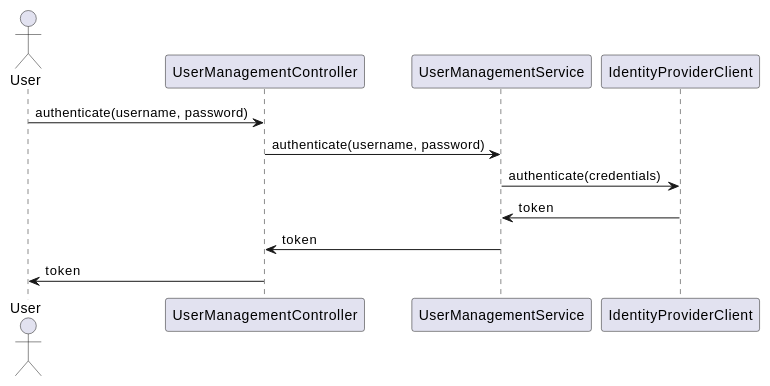
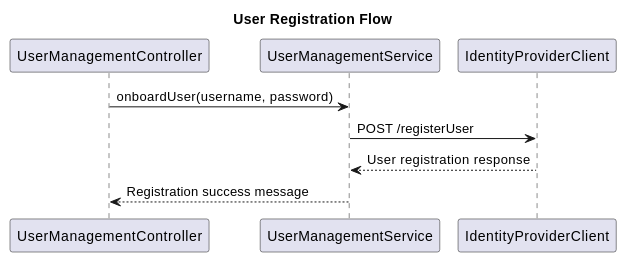
One commit to Dinesh-s95/AutoDoc.ai changed the first of 6 diagrams in usermanagement/documentation/detaileddesign.adoc. Above: the diagram before and after it, drawn with PlantUML. The commit also changed other lines of this file and 23 other files, not shown here.

```diff
--- a/usermanagement/documentation/detaileddesign.adoc
+++ b/usermanagement/documentation/detaileddesign.adoc
@@ -232,16 +69,9 @@
-[plantuml, authentication-sequence, png]
+[plantuml, runtime-view]
 ----
-@startuml
-actor User
-participant "UserManagementController" as Controller
-participant "UserManagementService" as Service
-participant "IdentityProviderClient" as IdentityProvider
+title User Registration Flow
 
-User -> Controller : authenticate(username, password)
-Controller -> Service : authenticate(username, password)
-Service -> IdentityProvider : authenticate(credentials)
-IdentityProvider -> Service : token
-Service -> Controller : token
-Controller -> User : token
-@enduml
+UserManagementController -> UserManagementService: onboardUser(username, password)
+UserManagementService -> IdentityProviderClient: POST /registerUser
+IdentityProviderClient --> UserManagementService: User registration response
+UserManagementService --> UserManagementController: Registration success message
 ----
```
